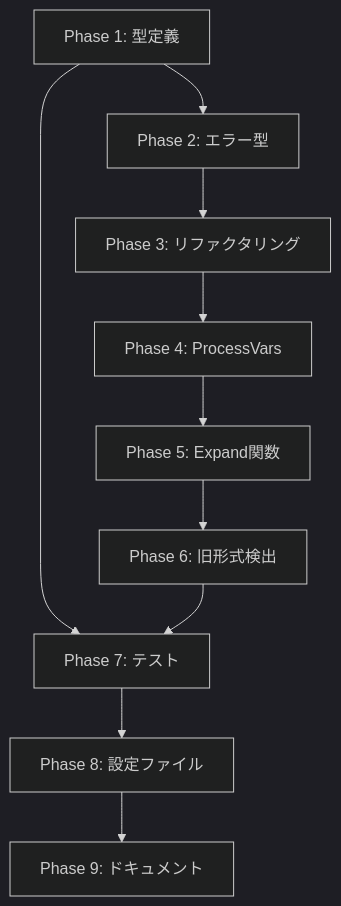
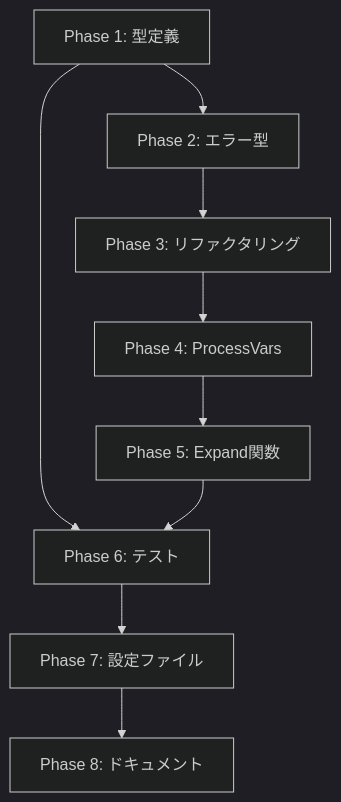
Before and after one commit to isseis/go-safe-cmd-runner: the diagram in docs/tasks/0063_vars_table_format/04_implementation_plan.md, drawn with Mermaid (dark theme). The commit also changed other lines of this file, not shown here.

First line of the commit message:
docs: remove Phase 6 (legacy format detection) from implementation plan

````diff
--- a/docs/tasks/0063_vars_table_format/04_implementation_plan.md
+++ b/docs/tasks/0063_vars_table_format/04_implementation_plan.md
@@ -294,12 +270,11 @@
 ```mermaid
 graph TD
     P1[Phase 1: 型定義] --> P2[Phase 2: エラー型]
     P2 --> P3[Phase 3: リファクタリング]
     P3 --> P4[Phase 4: ProcessVars]
     P4 --> P5[Phase 5: Expand関数]
-    P5 --> P6[Phase 6: 旧形式検出]
-    P1 --> P7[Phase 7: テスト]
-    P6 --> P7
-    P7 --> P8[Phase 8: 設定ファイル]
-    P8 --> P9[Phase 9: ドキュメント]
+    P1 --> P6[Phase 6: テスト]
+    P5 --> P6
+    P6 --> P7[Phase 7: 設定ファイル]
+    P7 --> P8[Phase 8: ドキュメント]
 ```
````
